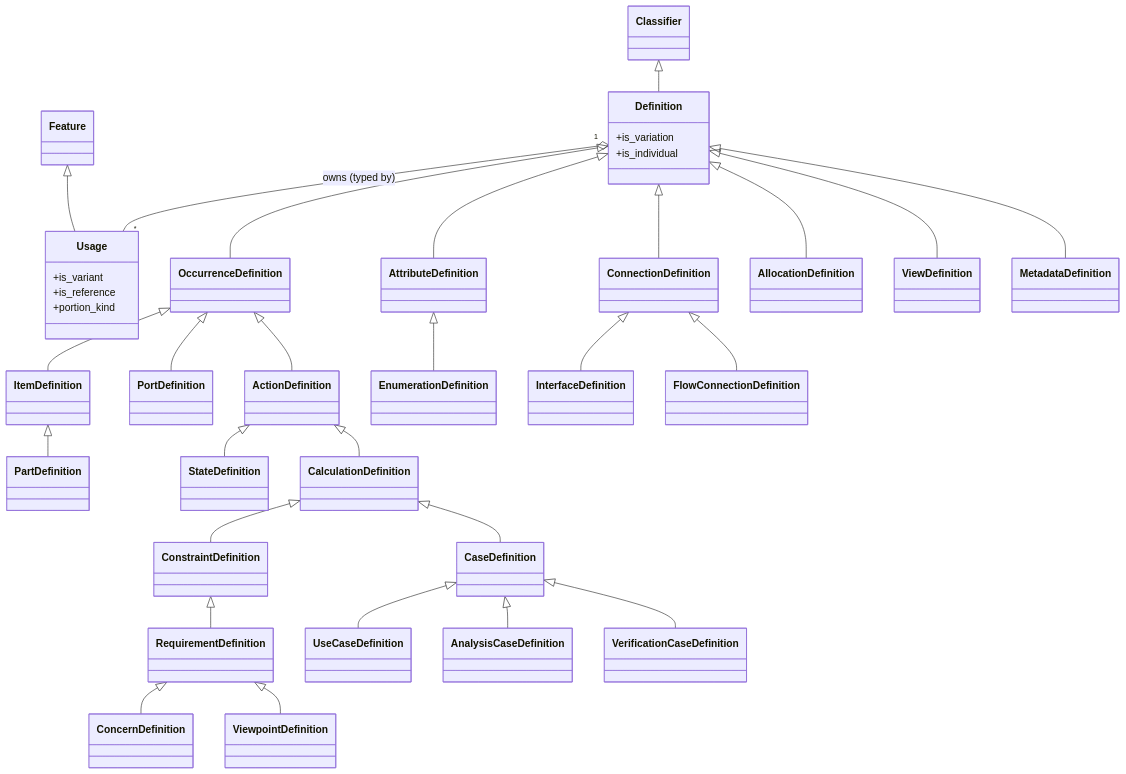
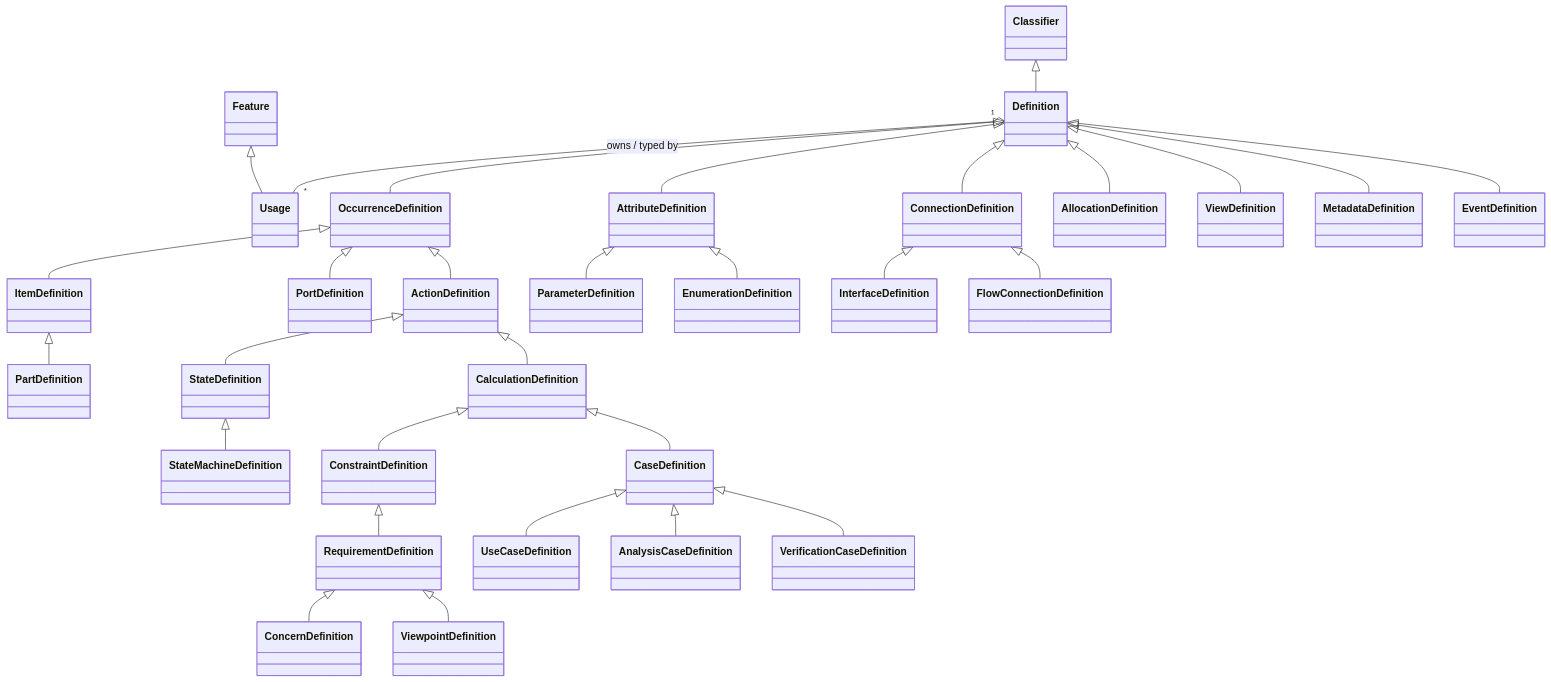
Before and after one commit to sudesh309/REQUIREMENT-FORMALISER: the third of 12 diagrams in docs/ARCHITECTURE.md, drawn with Mermaid. The commit also changed other lines of this file and 2 other files, not shown here.

````diff
--- a/docs/ARCHITECTURE.md
+++ b/docs/ARCHITECTURE.md
@@ -174,68 +138,37 @@
 ```mermaid
 classDiagram
     class Classifier
     class Feature
-
-    class Definition {
-        +is_variation
-        +is_individual
-    }
+    class Definition
+    class Usage
     Classifier <|-- Definition
-
-    class Usage {
-        +is_variant
-        +is_reference
-        +portion_kind
-    }
-    Feature <|-- Usage
-
-    Definition "1" o-- "*" Usage : owns (typed by)
-
-    class OccurrenceDefinition
-    class ItemDefinition
-    class PartDefinition
-    class AttributeDefinition
-    class PortDefinition
-    class InterfaceDefinition
-    class ConnectionDefinition
-    class FlowConnectionDefinition
-    class ActionDefinition
-    class StateDefinition
-    class CalculationDefinition
-    class ConstraintDefinition
-    class RequirementDefinition
-    class CaseDefinition
-    class UseCaseDefinition
-    class AnalysisCaseDefinition
-    class VerificationCaseDefinition
-    class AllocationDefinition
-    class ViewDefinition
-    class ViewpointDefinition
-    class ConcernDefinition
-    class MetadataDefinition
-    class EnumerationDefinition
+    Feature    <|-- Usage
+    Definition "1" o-- "*" Usage : owns / typed by
 
     Definition <|-- OccurrenceDefinition
     OccurrenceDefinition <|-- ItemDefinition
-    ItemDefinition       <|-- PartDefinition
+    ItemDefinition <|-- PartDefinition
     OccurrenceDefinition <|-- PortDefinition
     Definition <|-- AttributeDefinition
+    AttributeDefinition <|-- ParameterDefinition
+    AttributeDefinition <|-- EnumerationDefinition
     Definition <|-- ConnectionDefinition
     ConnectionDefinition <|-- InterfaceDefinition
     ConnectionDefinition <|-- FlowConnectionDefinition
     OccurrenceDefinition <|-- ActionDefinition
     ActionDefinition <|-- StateDefinition
+    StateDefinition <|-- StateMachineDefinition
     ActionDefinition <|-- CalculationDefinition
     CalculationDefinition <|-- ConstraintDefinition
-    ConstraintDefinition  <|-- RequirementDefinition
+    ConstraintDefinition <|-- RequirementDefinition
     RequirementDefinition <|-- ConcernDefinition
     RequirementDefinition <|-- ViewpointDefinition
     CalculationDefinition <|-- CaseDefinition
     CaseDefinition <|-- UseCaseDefinition
     CaseDefinition <|-- AnalysisCaseDefinition
     CaseDefinition <|-- VerificationCaseDefinition
     Definition <|-- AllocationDefinition
     Definition <|-- ViewDefinition
     Definition <|-- MetadataDefinition
-    AttributeDefinition <|-- EnumerationDefinition
+    Definition <|-- EventDefinition
 ```
````
